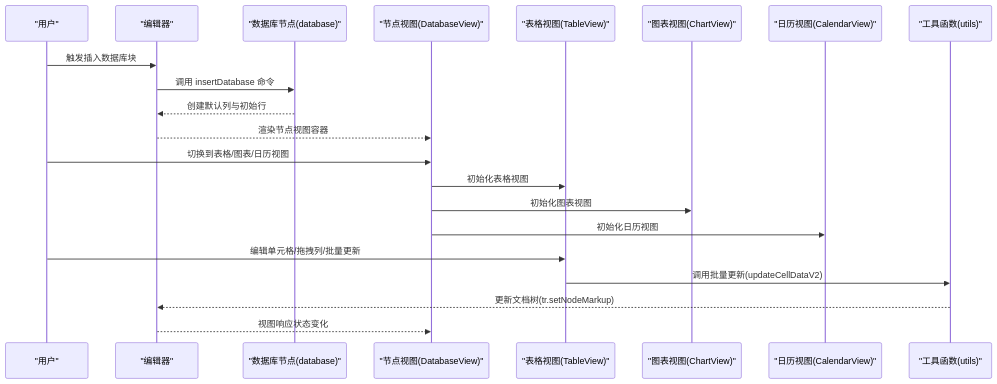
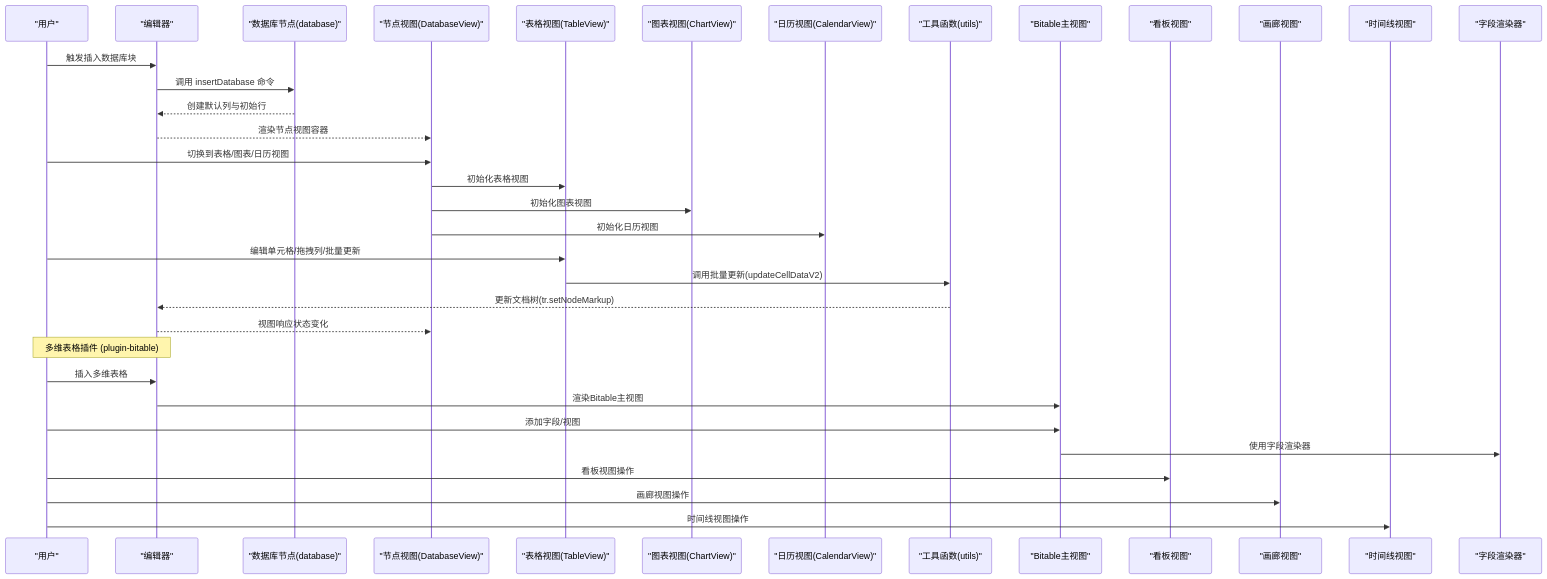
The second of 11 diagrams in .qoder/repowiki/zh/content/功能模块/数据库插件/数据库插件.md (LRF0422/Kotion), drawn with Mermaid before and after one commit. The commit also changed other lines of this file and 45 other files, not shown here.

````diff
--- a/.qoder/repowiki/zh/content/功能模块/数据库插件/数据库插件.md
+++ b/.qoder/repowiki/zh/content/功能模块/数据库插件/数据库插件.md
@@ -108,23 +157,36 @@
 ```mermaid
 sequenceDiagram
 participant U as "用户"
 participant E as "编辑器"
 participant DBN as "数据库节点(database)"
 participant DV as "节点视图(DatabaseView)"
 participant TV as "表格视图(TableView)"
 participant CV as "图表视图(ChartView)"
 participant CalV as "日历视图(CalendarView)"
 participant UT as "工具函数(utils)"
 U->>E : 触发插入数据库块
 E->>DBN : 调用 insertDatabase 命令
 DBN-->>E : 创建默认列与初始行
 E-->>DV : 渲染节点视图容器
 U->>DV : 切换到表格/图表/日历视图
 DV->>TV : 初始化表格视图
 DV->>CV : 初始化图表视图
 DV->>CalV : 初始化日历视图
 U->>TV : 编辑单元格/拖拽列/批量更新
 TV->>UT : 调用批量更新(updateCellDataV2)
 UT-->>E : 更新文档树(tr.setNodeMarkup)
 E-->>DV : 视图响应状态变化
+Note over U,E : 多维表格插件 (plugin-bitable)
+participant BV as "Bitable主视图"
+participant KV as "看板视图"
+participant GV as "画廊视图"
+participant TLV as "时间线视图"
+participant FR as "字段渲染器"
+U->>E : 插入多维表格
+E->>BV : 渲染Bitable主视图
+U->>BV : 添加字段/视图
+BV->>FR : 使用字段渲染器
+U->>KV : 看板视图操作
+U->>GV : 画廊视图操作
+U->>TLV : 时间线视图操作
 ```
````
